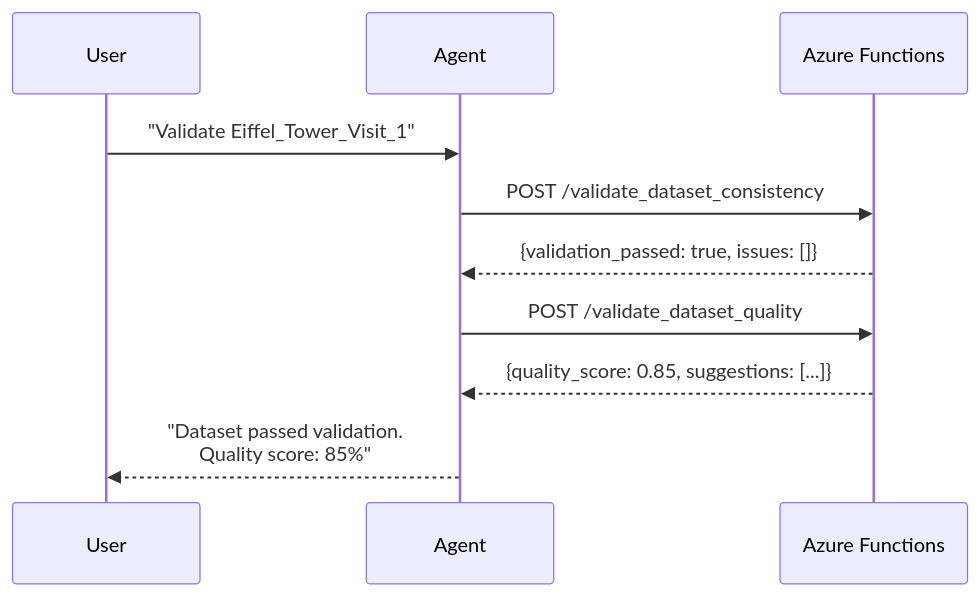
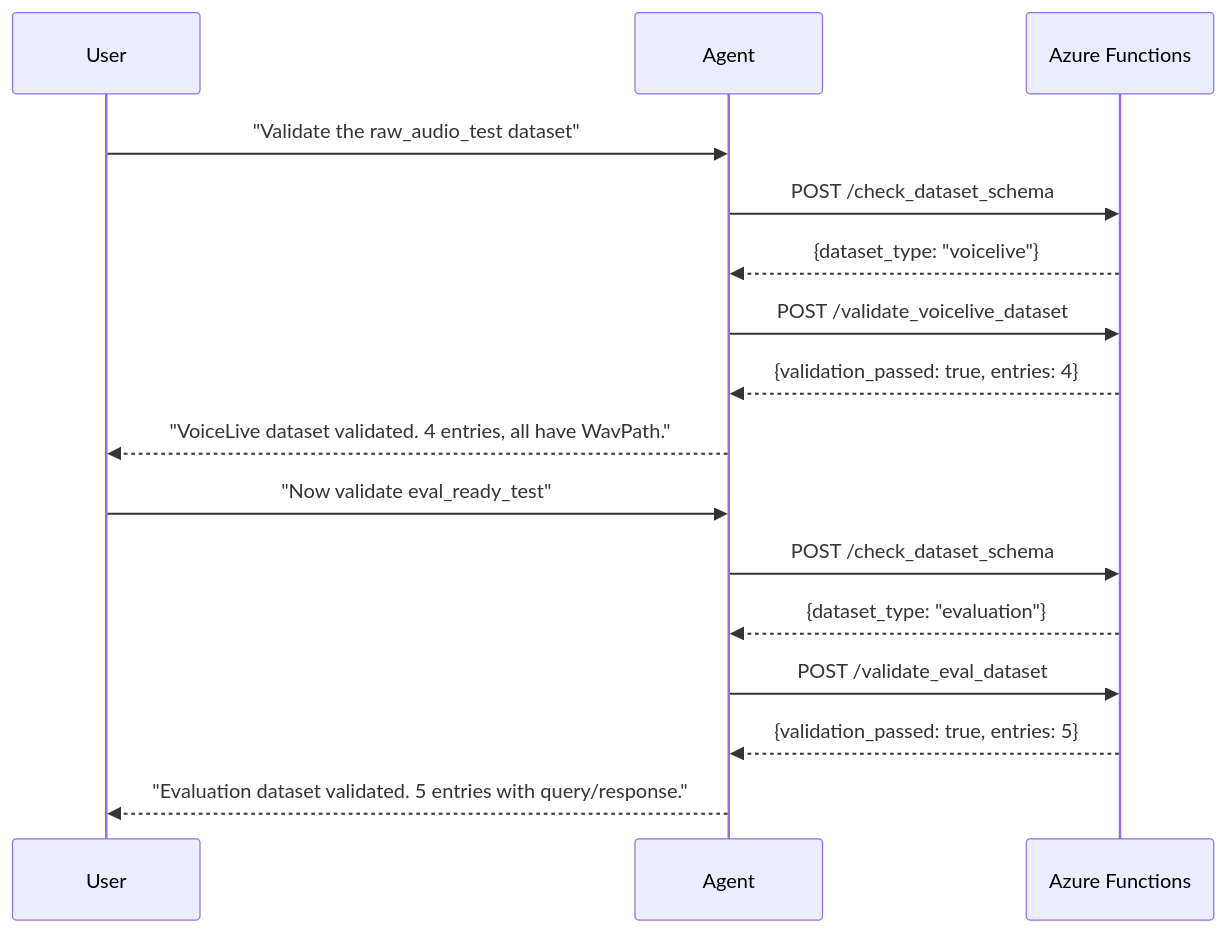
Before and after one commit to microsoft-foundry/voicelive-evaluation: diagram 13 of 18 in evaluation_agent_v3/ARCHITECTURE.md, drawn with Mermaid. The commit also changed other lines of this file and 1 other file, not shown here.

First line of the commit message:
docs: comprehensive dataset lifecycle flowcharts and polling limitation

````diff
--- a/evaluation_agent_v3/ARCHITECTURE.md
+++ b/evaluation_agent_v3/ARCHITECTURE.md
@@ -693,15 +816,22 @@
 ```mermaid
 sequenceDiagram
     participant User
     participant Agent
     participant Functions as Azure Functions
     
-    User->>Agent: "Validate Eiffel_Tower_Visit_1"
-    Agent->>Functions: POST /validate_dataset_consistency
-    Functions-->>Agent: {validation_passed: true, issues: []}
+    User->>Agent: "Validate the raw_audio_test dataset"
+    Agent->>Functions: POST /check_dataset_schema
+    Functions-->>Agent: {dataset_type: "voicelive"}
     
-    Agent->>Functions: POST /validate_dataset_quality
-    Functions-->>Agent: {quality_score: 0.85, suggestions: [...]}
+    Agent->>Functions: POST /validate_voicelive_dataset
+    Functions-->>Agent: {validation_passed: true, entries: 4}
+    Agent-->>User: "VoiceLive dataset validated. 4 entries, all have WavPath."
+
+    User->>Agent: "Now validate eval_ready_test"
+    Agent->>Functions: POST /check_dataset_schema
+    Functions-->>Agent: {dataset_type: "evaluation"}
     
-    Agent-->>User: "Dataset passed validation.<br/>Quality score: 85%"
+    Agent->>Functions: POST /validate_eval_dataset
+    Functions-->>Agent: {validation_passed: true, entries: 5}
+    Agent-->>User: "Evaluation dataset validated. 5 entries with query/response."
 ```
````
